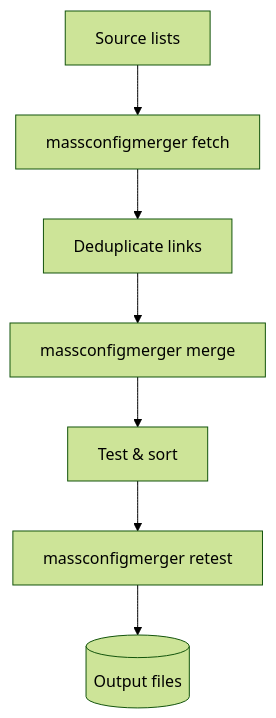
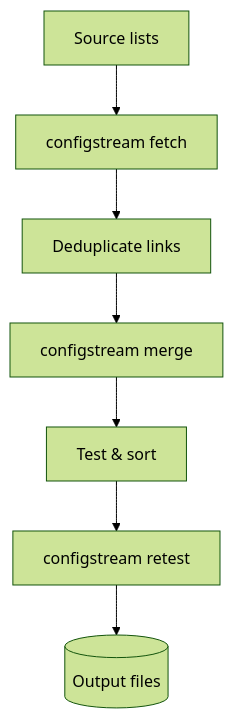
One commit to AmirrezaFarnamTaheri/MassConfigMerger changed the diagram in docs/tutorial.md. Above: the diagram before and after it, drawn with Mermaid (forest theme). The commit also changed other lines of this file and 215 other files, not shown here.

````diff
--- a/docs/tutorial.md
+++ b/docs/tutorial.md
@@ -37,9 +37,9 @@
 ```mermaid
 graph TD
-    A[Source lists] --> B[massconfigmerger fetch]
+    A[Source lists] --> B[configstream fetch]
     B --> C[Deduplicate links]
-    C --> D[massconfigmerger merge]
+    C --> D[configstream merge]
     D --> E[Test & sort]
-    E --> F[massconfigmerger retest]
+    E --> F[configstream retest]
     F --> G[(Output files)]
 ```
````
